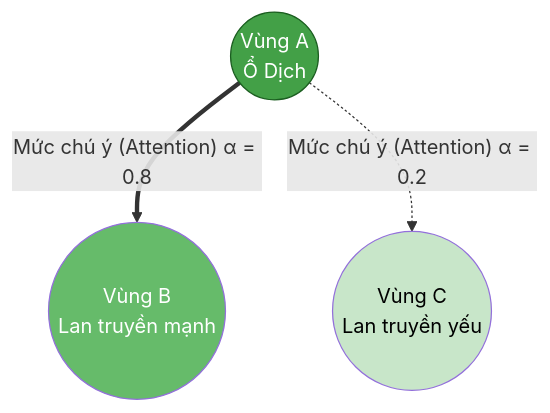
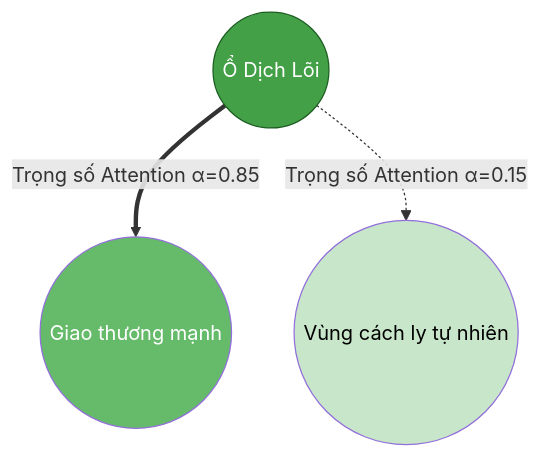
Before and after one commit to danielhuynh-04/Sheaf-Attention-Networks-in-forecasting-Dengue-fever-in-Brazil.: the second of 4 diagrams in README.md, drawn with Mermaid. The commit also changed other lines of this file, not shown here.

````diff
--- a/README.md
+++ b/README.md
@@ -52,9 +46,8 @@
 ```mermaid
 graph TD
-    A((Vùng A<br>Ổ Dịch)) == "Mức chú ý (Attention) α = 0.8" ==> B((Vùng B<br>Lan truyền mạnh))
-    A -. "Mức chú ý (Attention) α = 0.2" .-> C((Vùng C<br>Lan truyền yếu))
-    
+    A((Ổ Dịch Lõi)) == "Trọng số Attention α=0.85" ==> B((Giao thương mạnh))
+    A -. "Trọng số Attention α=0.15" .-> C((Vùng cách ly tự nhiên))
     style A fill:#43a047,color:#fff,stroke:#1b5e20;
     style B fill:#66bb6a,color:#fff;
     style C fill:#c8e6c9,color:#000;
 ```
````
